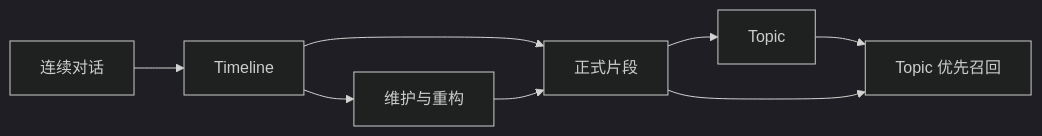
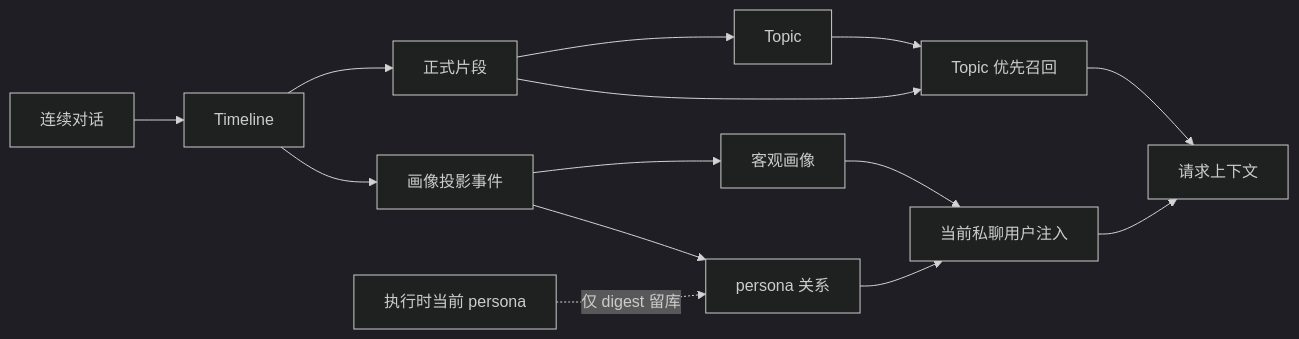
The diagram in README.md (Eco404/astrbot_plugin_livingmemory), drawn with Mermaid (dark theme) before and after one commit. The commit also changed other lines of this file and 24 other files, not shown here.

Commit message:
docs: align user profile architecture presentation

````diff
--- a/README.md
+++ b/README.md
@@ -42,10 +42,16 @@
 ```mermaid
 flowchart LR
     A[连续对话] --> B[Timeline]
     B --> C[正式片段]
     C --> D[Topic]
     D --> E[Topic 优先召回]
     C --> E
-    B --> F[维护与重构]
-    F --> C
+    B --> F[画像投影事件]
+    F --> G[客观画像]
+    F --> H[persona 关系]
+    I[执行时当前 persona] -.仅 digest 留库.-> H
+    G --> J[当前私聊用户注入]
+    H --> J
+    E --> K[请求上下文]
+    J --> K
 ```
````
